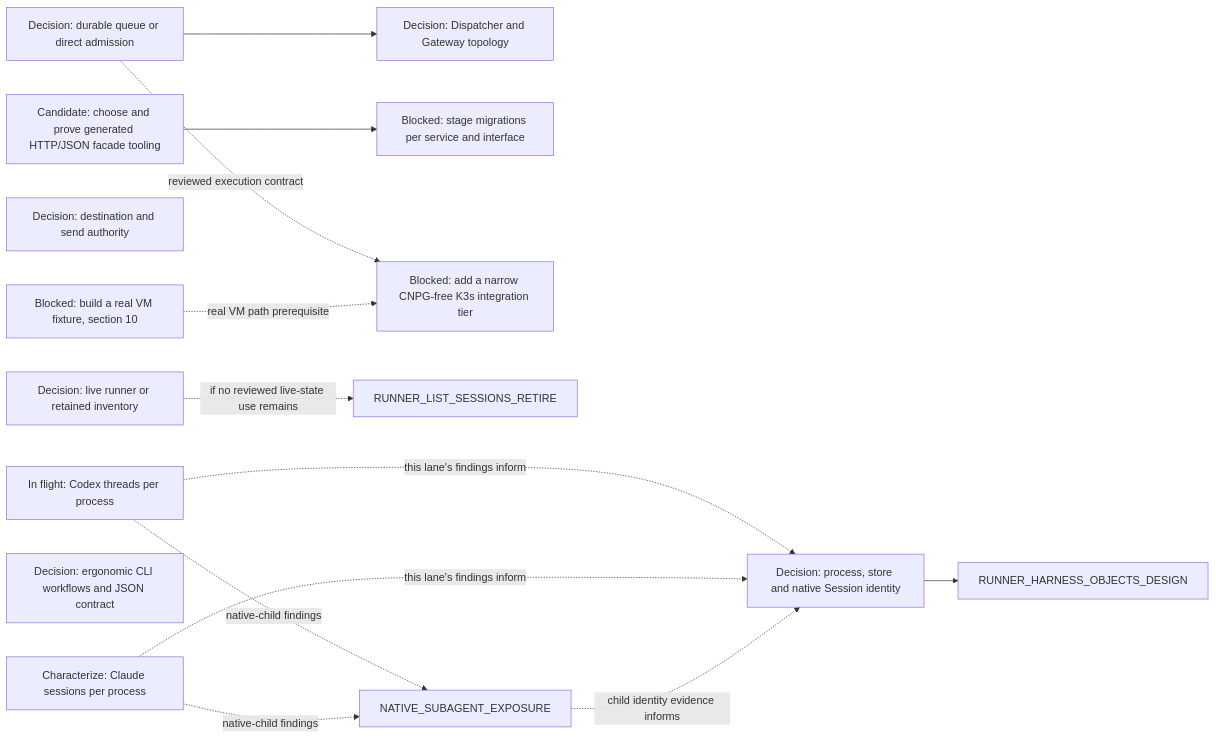
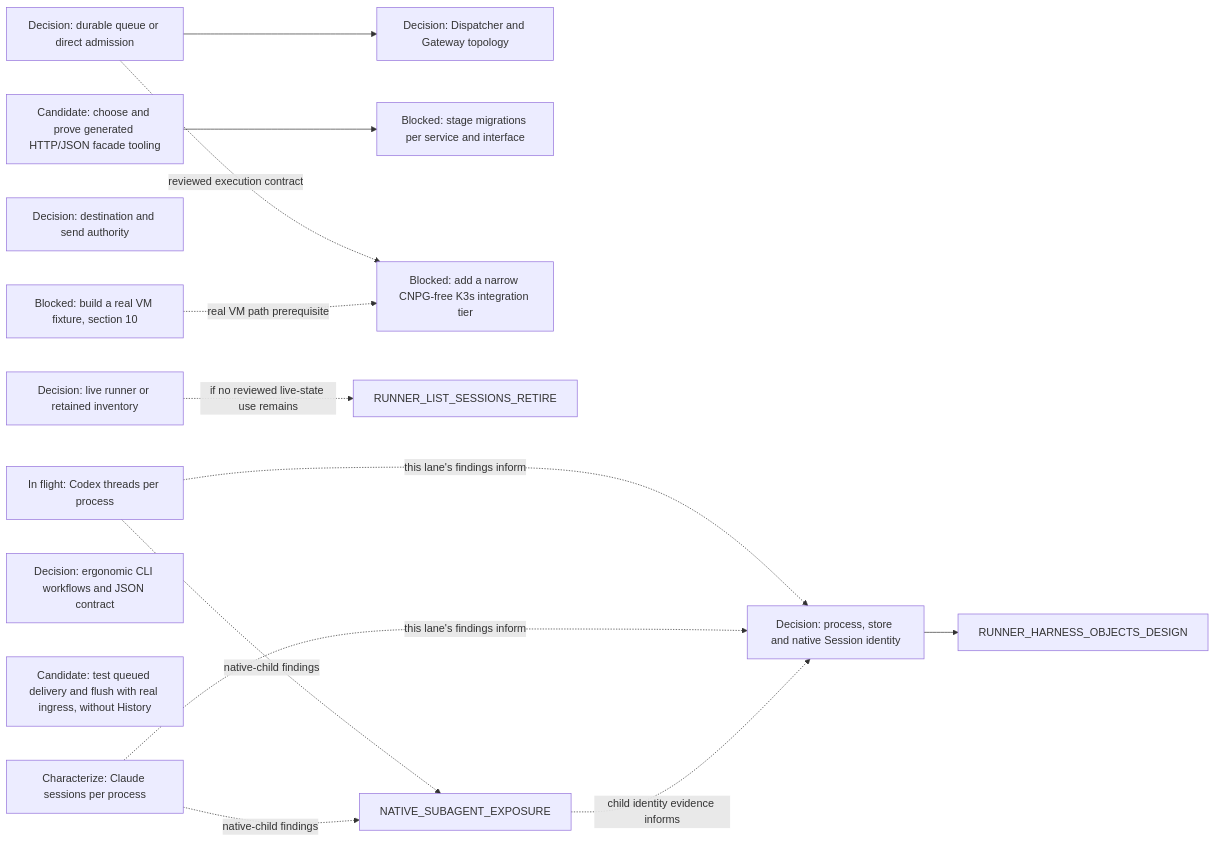
One commit to agentydragon/ducktape changed diagram 17 of 17 in agentplane/plans/task_dag.md. Above: the diagram before and after it, drawn with Mermaid. The commit also changed other lines of this file and 1 other file, not shown here.

Commit message:
Plan no-History runner delivery acceptance

````diff
--- a/agentplane/plans/task_dag.md
+++ b/agentplane/plans/task_dag.md
@@ -1498,26 +1498,27 @@
 ```mermaid
 flowchart LR
     DISPATCHER_PERSISTENCE_MODEL_DESIGN[Decision: durable queue or direct admission]
     DISPATCHER_GATEWAY_TOPOLOGY_DESIGN[Decision: Dispatcher and Gateway topology]
     RUNNER_INVENTORY_AUTHORITY_DESIGN[Decision: live runner or retained inventory]
     DELIVERY_DESTINATION_AUTHORITY_DESIGN[Decision: destination and send authority]
     CODEX_APP_SERVER_MULTIPLEXING[In flight: Codex threads per process]
     CLAUDE_STREAM_SESSION_MULTIPLEXING[Characterize: Claude sessions per process]
     HARNESS_IDENTITY_DESIGN[Decision: process, store and native Session identity]
     HTTP_JSON_FACADE_TOOLING_SPIKE[Candidate: choose and prove generated HTTP/JSON facade tooling]
     SERVICE_API_TRANSPORT_MIGRATIONS[Blocked: stage migrations per service and interface]
     AGENT_API_TOOLING_DESIGN[Decision: ergonomic CLI workflows and JSON contract]
+    RUNNER_DELIVERY_INGRESS_ACCEPTANCE[Candidate: test queued delivery and flush with real ingress, without History]
     CNPG_FREE_K3S_INTEGRATION_TIER[Blocked: add a narrow CNPG-free K3s integration tier]
     K3S_VM_IMAGE[Blocked: build a real VM fixture, section 10]
     DISPATCHER_PERSISTENCE_MODEL_DESIGN --> DISPATCHER_GATEWAY_TOPOLOGY_DESIGN
     RUNNER_INVENTORY_AUTHORITY_DESIGN -. if no reviewed live-state use remains .-> RUNNER_LIST_SESSIONS_RETIRE
     CODEX_APP_SERVER_MULTIPLEXING -. this lane's findings inform .-> HARNESS_IDENTITY_DESIGN
     CLAUDE_STREAM_SESSION_MULTIPLEXING -. this lane's findings inform .-> HARNESS_IDENTITY_DESIGN
     CODEX_APP_SERVER_MULTIPLEXING -. native-child findings .-> NATIVE_SUBAGENT_EXPOSURE
     CLAUDE_STREAM_SESSION_MULTIPLEXING -. native-child findings .-> NATIVE_SUBAGENT_EXPOSURE
     NATIVE_SUBAGENT_EXPOSURE -. child identity evidence informs .-> HARNESS_IDENTITY_DESIGN
     HARNESS_IDENTITY_DESIGN --> RUNNER_HARNESS_OBJECTS_DESIGN
     HTTP_JSON_FACADE_TOOLING_SPIKE --> SERVICE_API_TRANSPORT_MIGRATIONS
     DISPATCHER_PERSISTENCE_MODEL_DESIGN -. reviewed execution contract .-> CNPG_FREE_K3S_INTEGRATION_TIER
     K3S_VM_IMAGE -. real VM path prerequisite .-> CNPG_FREE_K3S_INTEGRATION_TIER
 ```
````
